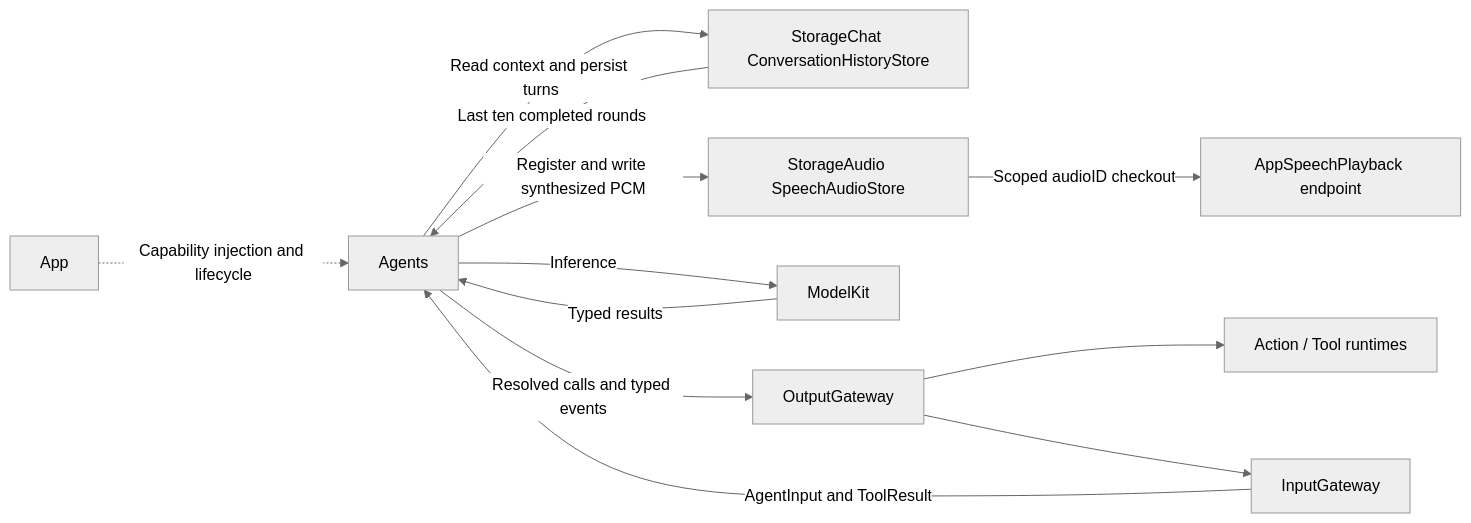
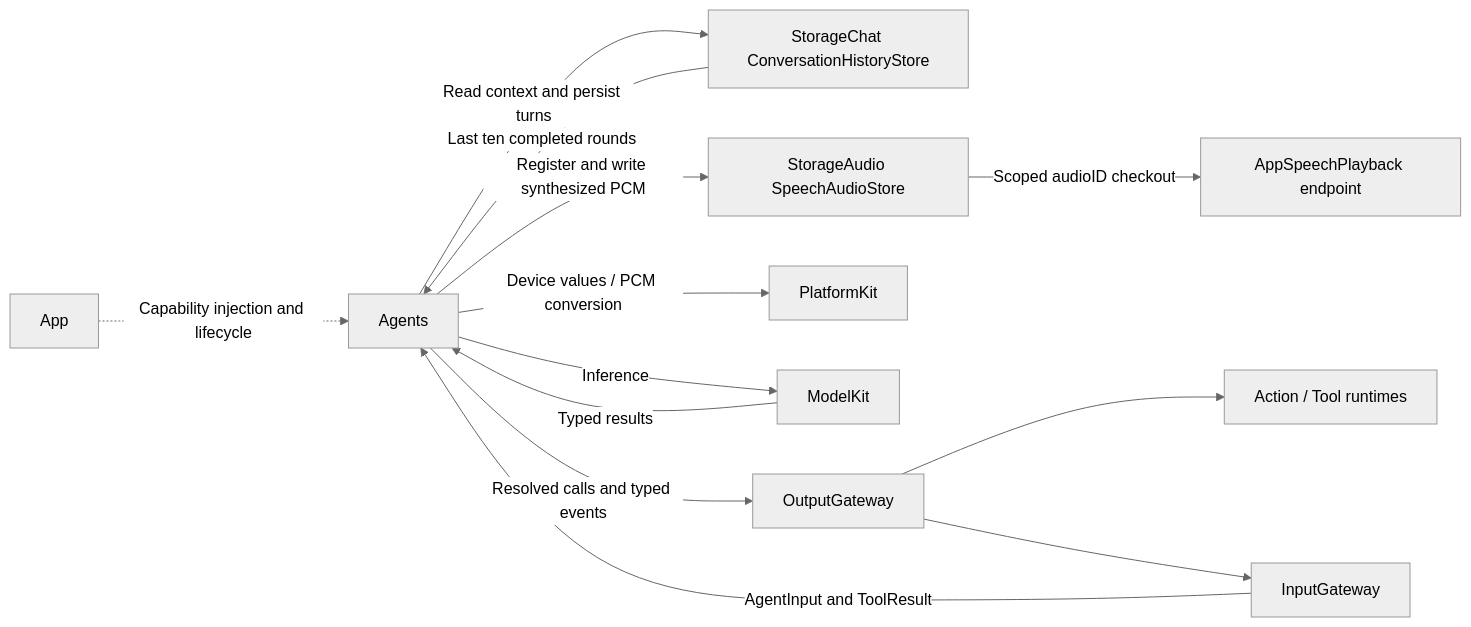
The first of 3 diagrams in MobileHarness/Agents/README.md (devilyouwei/MobileHarness), drawn with Mermaid (neutral theme) before and after one commit. The commit also changed other lines of this file and 100 other files, not shown here.

````diff
--- a/MobileHarness/Agents/README.md
+++ b/MobileHarness/Agents/README.md
@@ -26,14 +26,15 @@
 ```mermaid
 flowchart LR
     App -.->|Capability injection and lifecycle| Agents
     Input[InputGateway] -->|AgentInput and ToolResult| Agents
     Agents -->|Read context and persist turns| Storage[StorageChat ConversationHistoryStore]
     Storage -->|Last ten completed rounds| Agents
     Agents -->|Register and write synthesized PCM| Audio[StorageAudio SpeechAudioStore]
     Audio -->|Scoped audioID checkout| Playback[AppSpeechPlayback endpoint]
+    Agents -->|Device values / PCM conversion| PlatformKit
     Agents -->|Inference| ModelKit
     ModelKit -->|Typed results| Agents
     Agents -->|Resolved calls and typed events| Output[OutputGateway]
     Output --> Runtime[Action / Tool runtimes]
     Output --> Input
 ```
````
